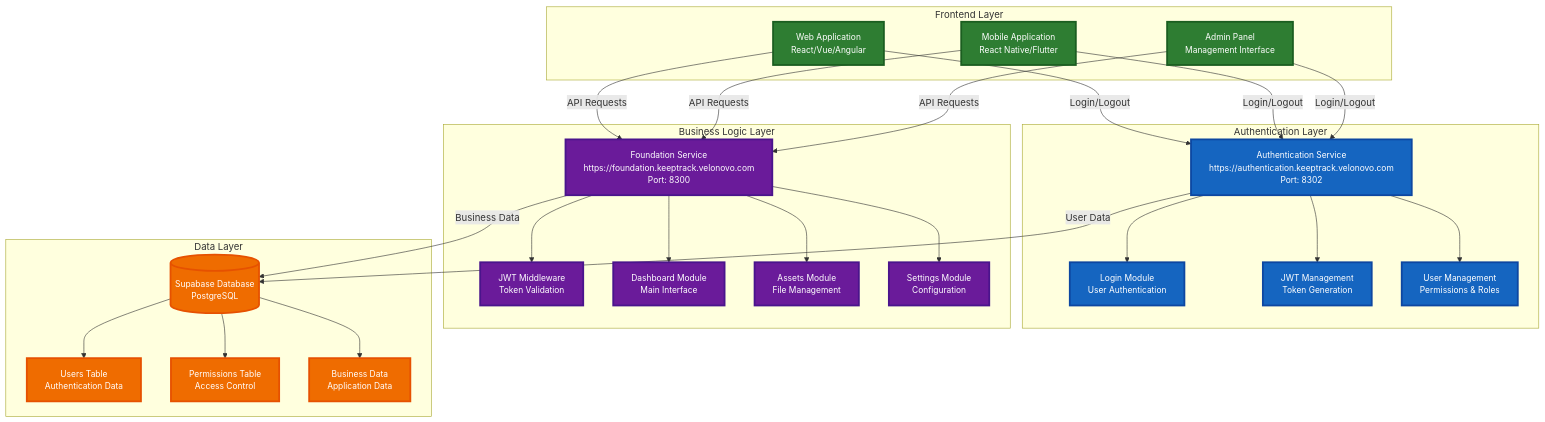
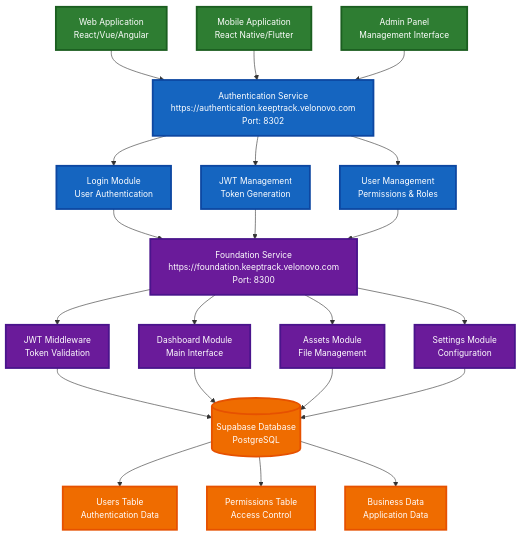
Before and after one commit to keeptracknepal/documentation: the third of 6 diagrams in workflow/authentication/process-flow.md, drawn with Mermaid. The commit also changed other lines of this file, not shown here.

Commit message:
changes in workflow

````diff
--- a/workflow/authentication/process-flow.md
+++ b/workflow/authentication/process-flow.md
@@ -104,69 +104,64 @@
 ```mermaid
-graph TB
-    subgraph "Frontend Layer"
-        WA[Web Application<br/>React/Vue/Angular]
-        MA[Mobile Application<br/>React Native/Flutter]
-        AP[Admin Panel<br/>Management Interface]
-    end
+flowchart TD
+    %% Frontend Layer
+    WA[Web Application<br/>React/Vue/Angular]
+    MA[Mobile Application<br/>React Native/Flutter]
+    AP[Admin Panel<br/>Management Interface]
     
-    subgraph "Authentication Layer"
-        AS[Authentication Service<br/>https://authentication.keeptrack.velonovo.com<br/>Port: 8302]
-        AS1[Login Module<br/>User Authentication]
-        AS2[JWT Management<br/>Token Generation]
-        AS3[User Management<br/>Permissions & Roles]
-    end
+    %% Authentication Layer
+    AS[Authentication Service<br/>https://authentication.keeptrack.velonovo.com<br/>Port: 8302]
+    AS1[Login Module<br/>User Authentication]
+    AS2[JWT Management<br/>Token Generation]
+    AS3[User Management<br/>Permissions & Roles]
     
-    subgraph "Business Logic Layer"
-        FS[Foundation Service<br/>https://foundation.keeptrack.velonovo.com<br/>Port: 8300]
-        FS1[JWT Middleware<br/>Token Validation]
-        FS2[Dashboard Module<br/>Main Interface]
-        FS3[Assets Module<br/>File Management]
-        FS4[Settings Module<br/>Configuration]
-    end
+    %% Business Logic Layer
+    FS[Foundation Service<br/>https://foundation.keeptrack.velonovo.com<br/>Port: 8300]
+    FS1[JWT Middleware<br/>Token Validation]
+    FS2[Dashboard Module<br/>Main Interface]
+    FS3[Assets Module<br/>File Management]
+    FS4[Settings Module<br/>Configuration]
     
-    subgraph "Data Layer"
-        DB[(Supabase Database<br/>PostgreSQL)]
-        T1[Users Table<br/>Authentication Data]
-        T2[Permissions Table<br/>Access Control]
-        T3[Business Data<br/>Application Data]
-    end
+    %% Data Layer
+    DB[(Supabase Database<br/>PostgreSQL)]
+    T1[Users Table<br/>Authentication Data]
+    T2[Permissions Table<br/>Access Control]
+    T3[Business Data<br/>Application Data]
     
-    %% Frontend to Services
-    WA -->|Login/Logout| AS
-    MA -->|Login/Logout| AS
-    AP -->|Login/Logout| AS
+    %% Vertical Flow
+    WA --> AS
+    MA --> AS
+    AP --> AS
     
-    WA -->|API Requests| FS
-    MA -->|API Requests| FS
-    AP -->|API Requests| FS
-    
-    %% Service Internal Structure
     AS --> AS1
     AS --> AS2
     AS --> AS3
+    
+    AS1 --> FS
+    AS2 --> FS
+    AS3 --> FS
     
     FS --> FS1
     FS --> FS2
     FS --> FS3
     FS --> FS4
     
-    %% Service to Database
-    AS -->|User Data| DB
-    FS -->|Business Data| DB
+    FS1 --> DB
+    FS2 --> DB
+    FS3 --> DB
+    FS4 --> DB
     
-    %% Database Structure
     DB --> T1
     DB --> T2
     DB --> T3
     
     %% Styling with better contrast
     classDef frontend fill:#2e7d32,stroke:#1b5e20,stroke-width:3px,color:#ffffff,font-size:14px
     classDef auth fill:#1565c0,stroke:#0d47a1,stroke-width:3px,color:#ffffff,font-size:14px
     classDef foundation fill:#6a1b9a,stroke:#4a148c,stroke-width:3px,color:#ffffff,font-size:14px
     classDef database fill:#ef6c00,stroke:#e65100,stroke-width:3px,color:#ffffff,font-size:14px
     
     class WA,MA,AP frontend
     class AS,AS1,AS2,AS3 auth
     class FS,FS1,FS2,FS3,FS4 foundation
     class DB,T1,T2,T3 database
 ```
````
